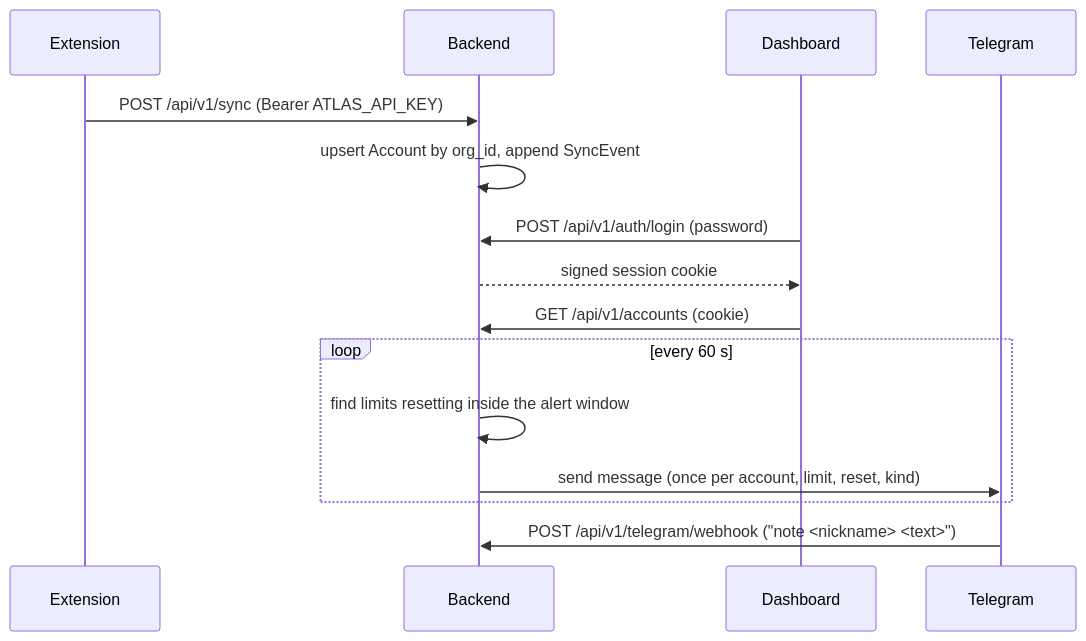
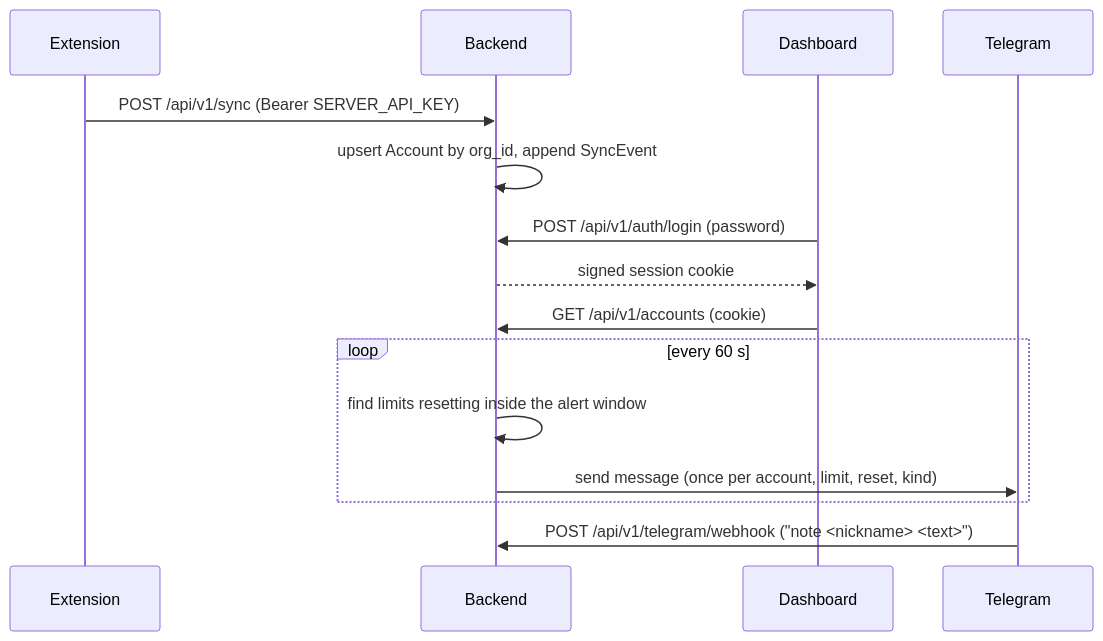
The diagram in README-dev.md (YRB19/UsageOS), drawn with Mermaid before and after one commit. The commit also changed other lines of this file and 13 other files, not shown here.

Commit message:
rename: atlas -> server across entire codebase (database, env vars, extension, docs)

````diff
--- a/README-dev.md
+++ b/README-dev.md
@@ -60,17 +60,17 @@
 ```mermaid
 sequenceDiagram
     participant X as Extension
     participant B as Backend
     participant D as Dashboard
     participant T as Telegram
-    X->>B: POST /api/v1/sync (Bearer ATLAS_API_KEY)
+    X->>B: POST /api/v1/sync (Bearer SERVER_API_KEY)
     B->>B: upsert Account by org_id, append SyncEvent
     D->>B: POST /api/v1/auth/login (password)
     B-->>D: signed session cookie
     D->>B: GET /api/v1/accounts (cookie)
     loop every 60 s
         B->>B: find limits resetting inside the alert window
         B->>T: send message (once per account, limit, reset, kind)
     end
     T->>B: POST /api/v1/telegram/webhook ("note <nickname> <text>")
 ```
````
